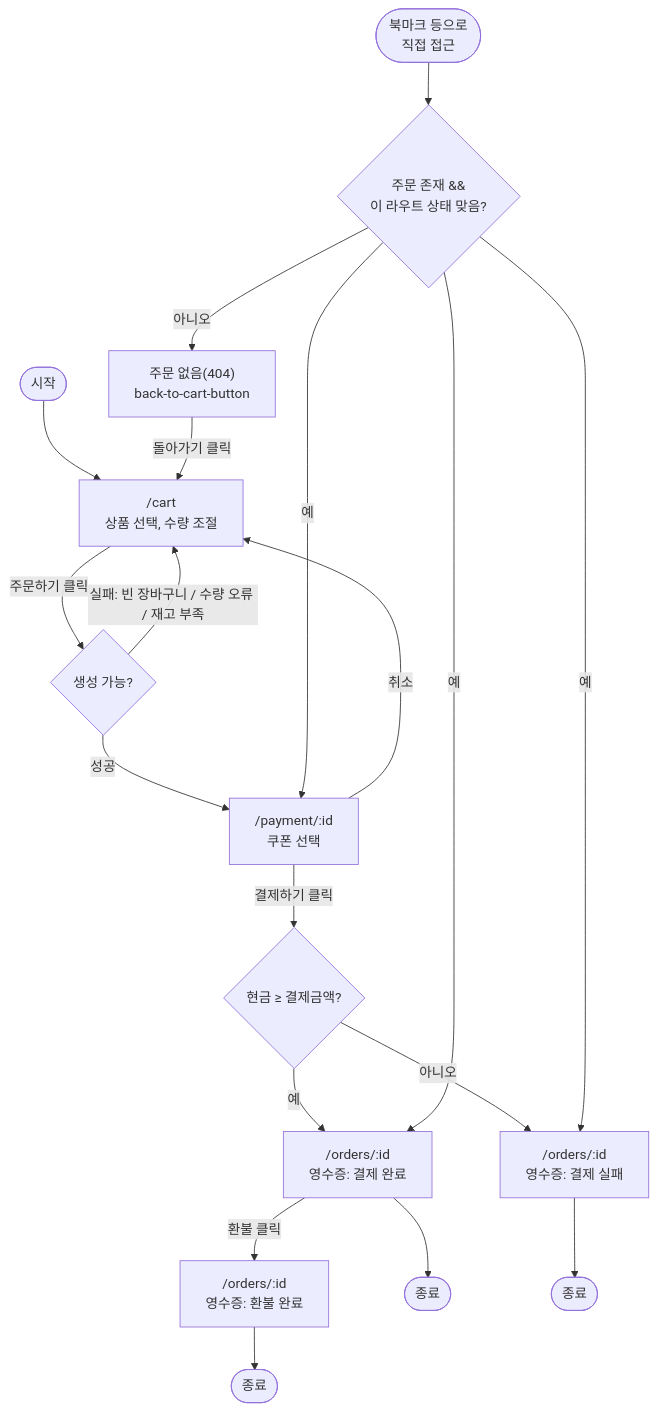
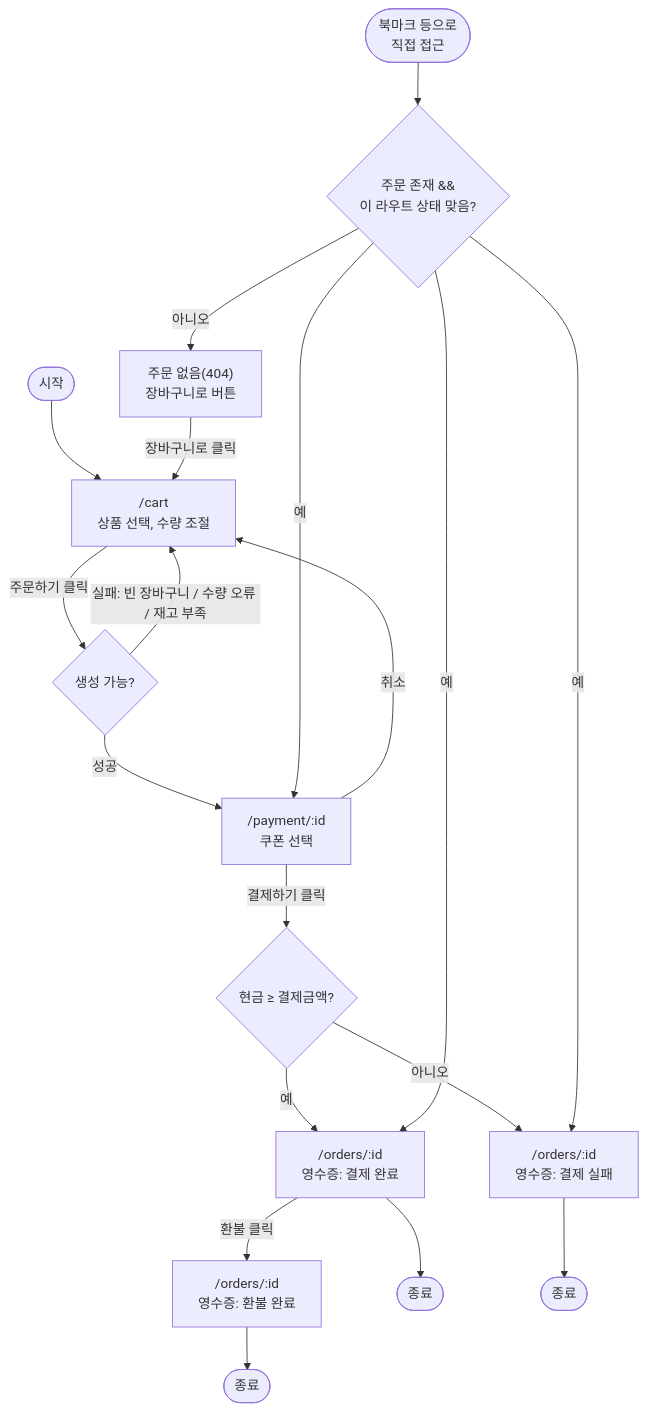
The diagram in docs/common/ui/user-flow.md (rhsiddlsidhd/ai-codegen-trust), drawn with Mermaid before and after one commit. The commit also changed other lines of this file and 6 other files, not shown here.

````diff
--- a/docs/common/ui/user-flow.md
+++ b/docs/common/ui/user-flow.md
@@ -9,22 +9,22 @@
 ```mermaid
 flowchart TD
     Start([시작]) --> Cart["/cart<br/>상품 선택, 수량 조절"]
     Cart -->|주문하기 클릭| CreateCheck{생성 가능?}
     CreateCheck -->|실패: 빈 장바구니 / 수량 오류 / 재고 부족| Cart
     CreateCheck -->|성공| Payment["/payment/:id<br/>쿠폰 선택"]
     Payment -->|취소| Cart
     Payment -->|결제하기 클릭| PayCheck{현금 ≥ 결제금액?}
     PayCheck -->|아니오| Failed["/orders/:id<br/>영수증: 결제 실패"]
     PayCheck -->|예| Paid["/orders/:id<br/>영수증: 결제 완료"]
     Paid -->|환불 클릭| Refunded["/orders/:id<br/>영수증: 환불 완료"]
     Paid --> End1([종료])
     Refunded --> End2([종료])
     Failed --> End3([종료])
 
     DirectAccess([북마크 등으로<br/>직접 접근]) --> GuardCheck{주문 존재 &&<br/>이 라우트 상태 맞음?}
-    GuardCheck -->|아니오| NotFound["주문 없음(404)<br/>back-to-cart-button"]
+    GuardCheck -->|아니오| NotFound["주문 없음(404)<br/>장바구니로 버튼"]
     GuardCheck -->|예| Payment
     GuardCheck -->|예| Paid
     GuardCheck -->|예| Failed
-    NotFound -->|돌아가기 클릭| Cart
+    NotFound -->|장바구니로 클릭| Cart
 ```
````
